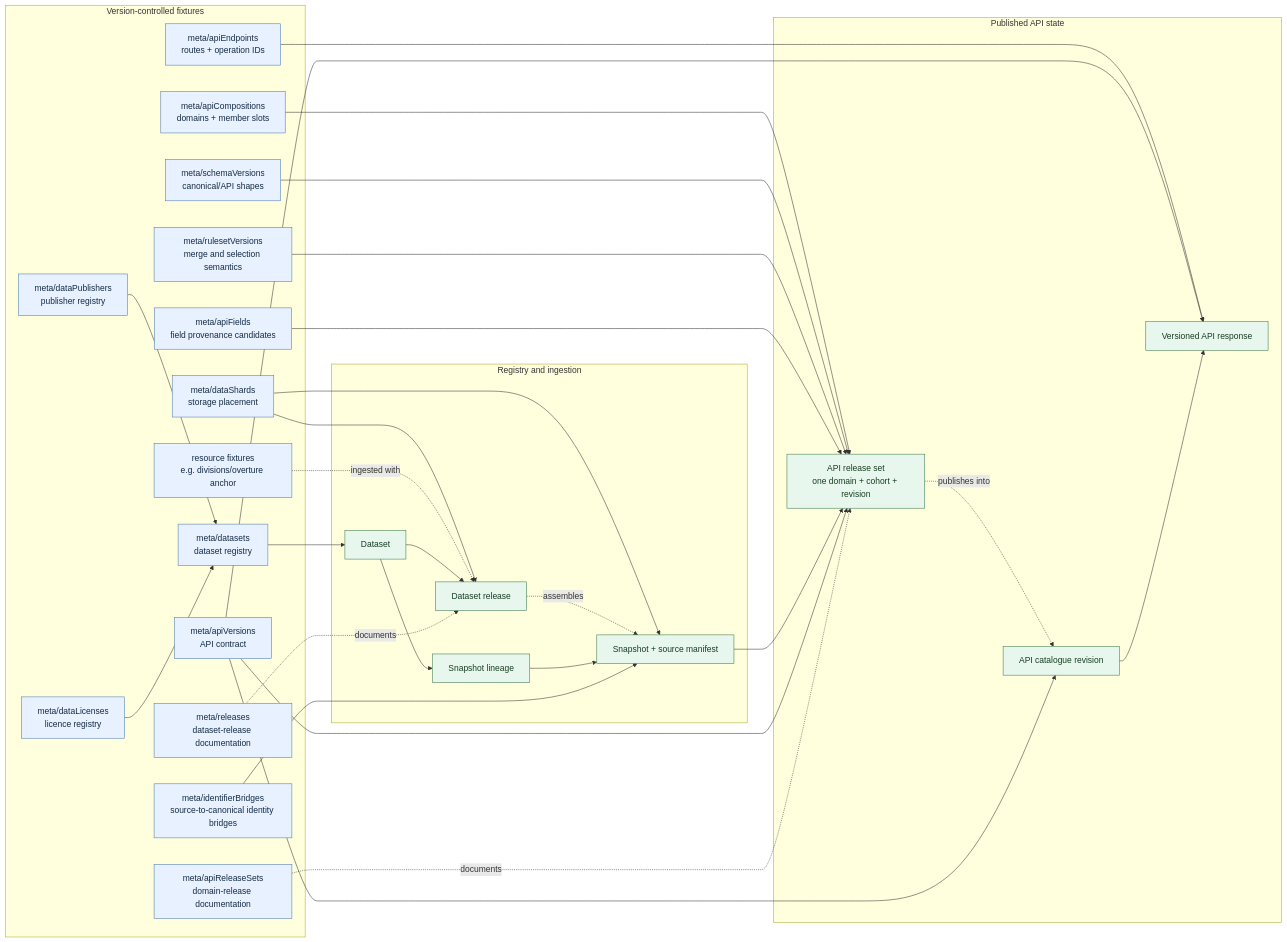
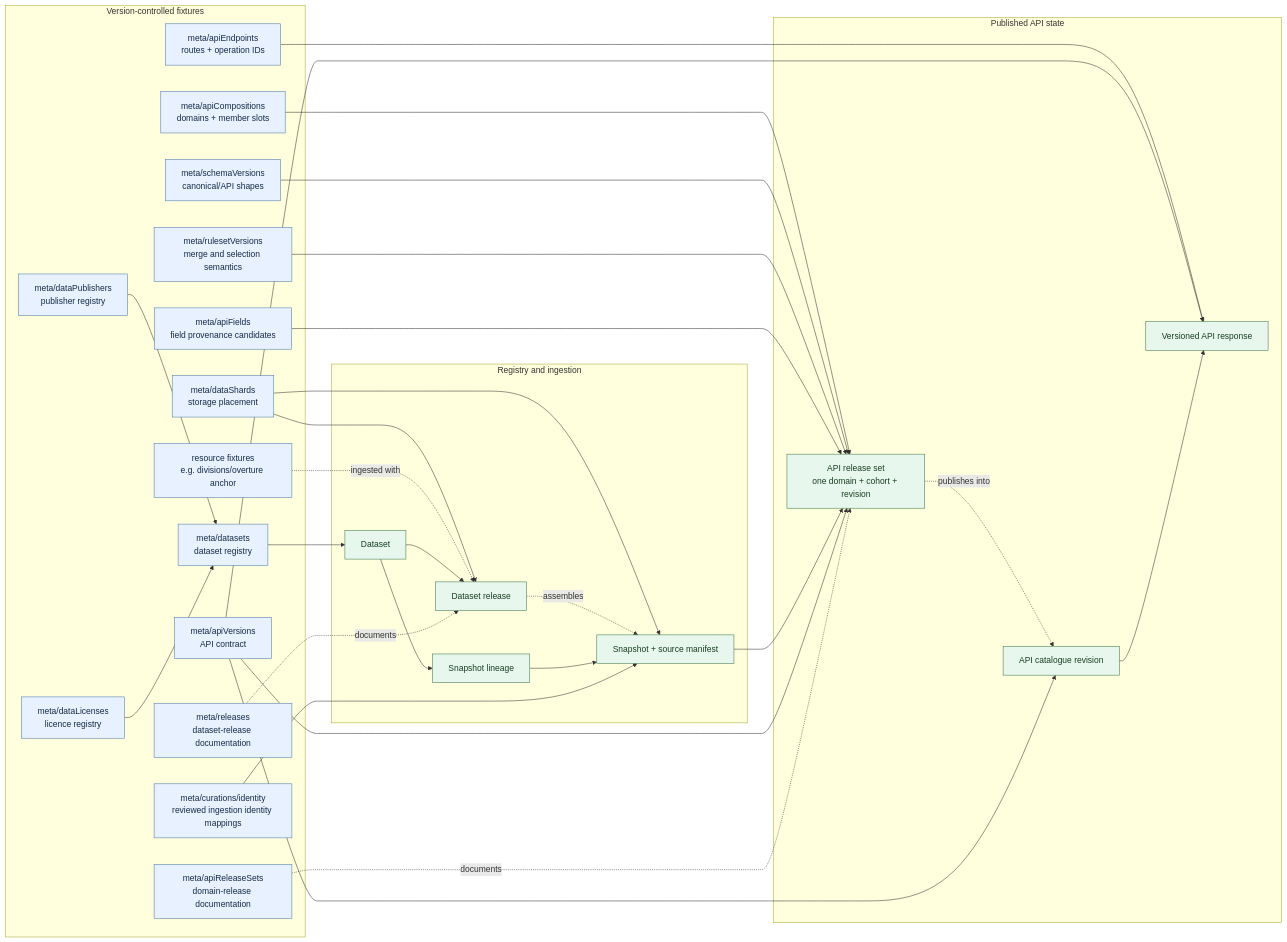
One commit to saanseoi/saanseoi changed the second of 7 diagrams in docs/versioning.md. Above: the diagram before and after it, drawn with Mermaid. The commit also changed other lines of this file and 9 other files, not shown here.

````diff
--- a/docs/versioning.md
+++ b/docs/versioning.md
@@ -131,62 +131,62 @@
 ```mermaid
 flowchart LR
   subgraph Fixtures[Version-controlled fixtures]
     Publishers[meta/dataPublishers<br/>publisher registry]
     Licences[meta/dataLicenses<br/>licence registry]
     Datasets[meta/datasets<br/>dataset registry]
     Shards[meta/dataShards<br/>storage placement]
     ApiVersions[meta/apiVersions<br/>API contract]
     Endpoints[meta/apiEndpoints<br/>routes + operation IDs]
     Compositions[meta/apiCompositions<br/>domains + member slots]
     Schemas[meta/schemaVersions<br/>canonical/API shapes]
     Rulesets[meta/rulesetVersions<br/>merge and selection semantics]
     Fields[meta/apiFields<br/>field provenance candidates]
-    Bridges[meta/identifierBridges<br/>source-to-canonical identity bridges]
+    Bridges[meta/curations/identity<br/>reviewed ingestion identity mappings]
     ReleaseDocs[meta/releases<br/>dataset-release documentation]
     ReleaseSetDocs[meta/apiReleaseSets<br/>domain-release documentation]
     SourceFixture[resource fixtures<br/>e.g. divisions/overture anchor]
   end
 
   subgraph Registry[Registry and ingestion]
     Dataset[Dataset]
     Release[Dataset release]
     Lineage[Snapshot lineage]
     Snapshot[Snapshot + source manifest]
   end
 
   subgraph Publication[Published API state]
     ReleaseSet[API release set<br/>one domain + cohort + revision]
     Catalogue[API catalogue revision]
     Response[Versioned API response]
   end
 
   Publishers --> Datasets
   Licences --> Datasets
   Datasets --> Dataset
   Shards --> Release
   Shards --> Snapshot
   SourceFixture -. ingested with .-> Release
   Dataset --> Release
   Dataset --> Lineage
   Release -. assembles .-> Snapshot
   Lineage --> Snapshot
   Bridges --> Snapshot
   Compositions --> ReleaseSet
   Schemas --> ReleaseSet
   Rulesets --> ReleaseSet
   Fields --> ReleaseSet
   Snapshot --> ReleaseSet
   ApiVersions --> ReleaseSet
   ReleaseSet -. publishes into .-> Catalogue
   ApiVersions --> Catalogue
   Endpoints --> Response
   ApiVersions --> Response
   Catalogue --> Response
   ReleaseSetDocs -. documents .-> ReleaseSet
   ReleaseDocs -. documents .-> Release
 
   classDef fixture fill:#e8f1ff,stroke:#4a78a8,color:#142b44
   classDef published fill:#e8f7ed,stroke:#39764a,color:#173d21
   class Publishers,Licences,Datasets,Shards,ApiVersions,Endpoints,Compositions,Schemas,Rulesets,Fields,Bridges,ReleaseDocs,ReleaseSetDocs,SourceFixture fixture
   class Dataset,Release,Lineage,Snapshot,ReleaseSet,Catalogue,Response published
 ```
````
